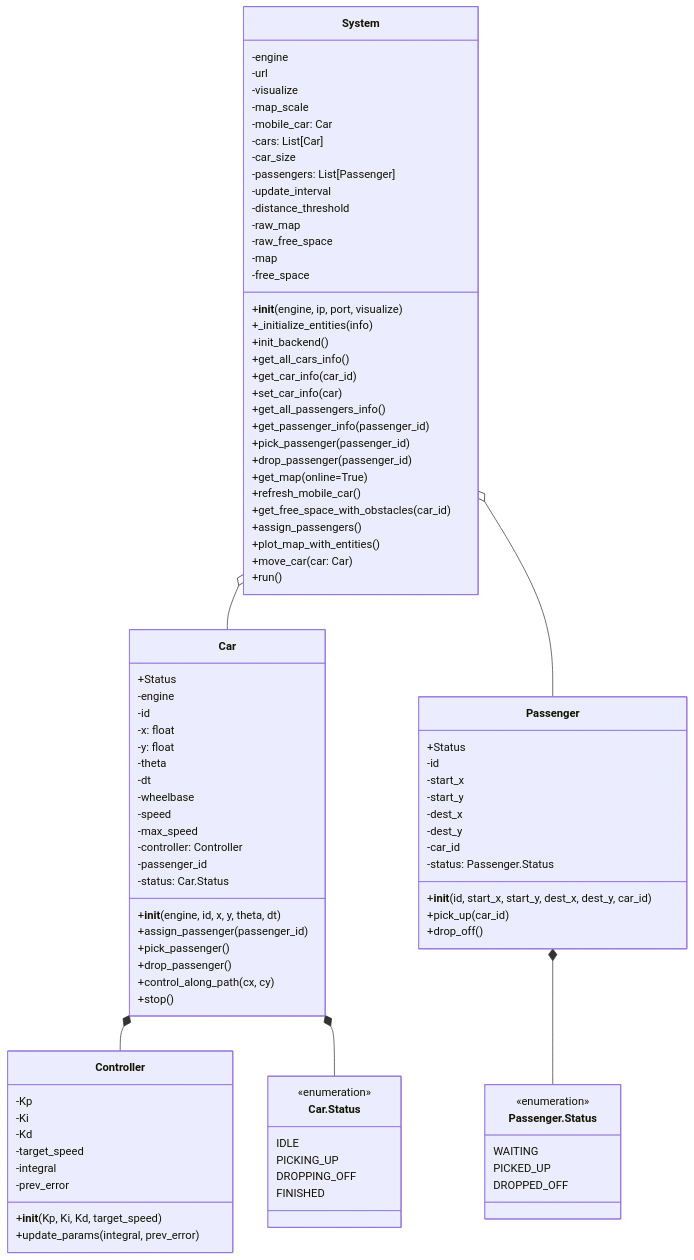
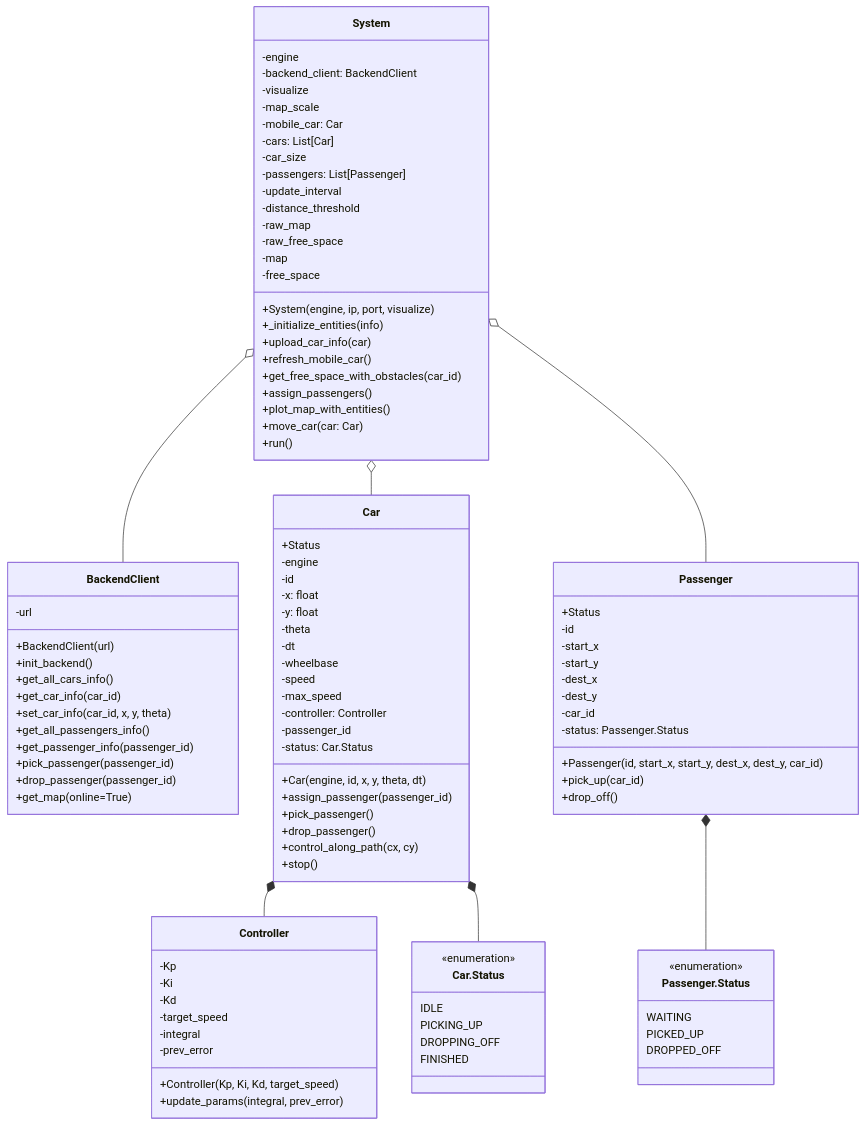
One commit to Blattvorhang/Vehicle-Routing-Sim changed the diagram in README.md. Above: the diagram before and after it, drawn with Mermaid. The commit also changed 2 other files, not shown here.

Commit message:
Added the `BackendClient` class to enhance code modularity and maintainability, reducing coupling, updated UML class diagram.

```diff
--- a/README.md
+++ b/README.md
@@ -14,7 +14,7 @@
 classDiagram
     class System {
         -engine
-        -url
+        -backend_client: BackendClient
         -visualize
         -map_scale
         -mobile_car: Car
@@ -27,23 +27,29 @@
         -raw_free_space
         -map
         -free_space
-        +__init__(engine, ip, port, visualize)
+        +System(engine, ip, port, visualize)
         +_initialize_entities(info)
-        +init_backend()
-        +get_all_cars_info()
-        +get_car_info(car_id)
-        +set_car_info(car)
-        +get_all_passengers_info()
-        +get_passenger_info(passenger_id)
-        +pick_passenger(passenger_id)
-        +drop_passenger(passenger_id)
-        +get_map(online=True)
+        +upload_car_info(car)
         +refresh_mobile_car()
         +get_free_space_with_obstacles(car_id)
         +assign_passengers()
         +plot_map_with_entities()
         +move_car(car: Car)
         +run()
+    }
+
+    class BackendClient {
+        -url
+        +BackendClient(url)
+        +init_backend()
+        +get_all_cars_info()
+        +get_car_info(car_id)
+        +set_car_info(car_id, x, y, theta)
+        +get_all_passengers_info()
+        +get_passenger_info(passenger_id)
+        +pick_passenger(passenger_id)
+        +drop_passenger(passenger_id)
+        +get_map(online=True)
     }
 
     class Car {
@@ -60,7 +66,7 @@
         -controller: Controller
         -passenger_id
         -status: Car.Status
-        +__init__(engine, id, x, y, theta, dt)
+        +Car(engine, id, x, y, theta, dt)
         +assign_passenger(passenger_id)
         +pick_passenger()
         +drop_passenger()
@@ -75,7 +81,7 @@
         -target_speed
         -integral
         -prev_error
-        +__init__(Kp, Ki, Kd, target_speed)
+        +Controller(Kp, Ki, Kd, target_speed)
         +update_params(integral, prev_error)
     }
 
@@ -88,7 +94,7 @@
         -dest_y
         -car_id
         -status: Passenger.Status
-        +__init__(id, start_x, start_y, dest_x, dest_y, car_id)
+        +Passenger(id, start_x, start_y, dest_x, dest_y, car_id)
         +pick_up(car_id)
         +drop_off()
     }
@@ -110,6 +116,7 @@
 
     System o-- Car
     System o-- Passenger
+    System o-- BackendClient
     Car *-- Controller
     Car *-- Car.Status
     Passenger *-- Passenger.Status
```
